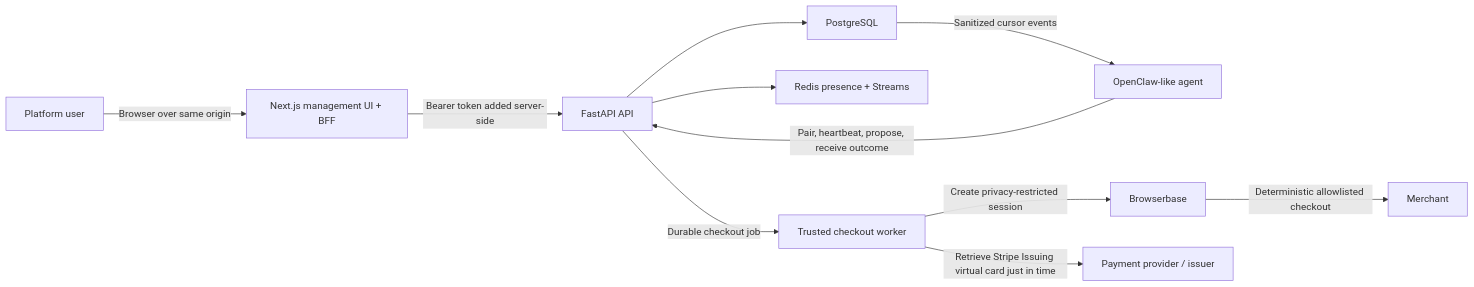
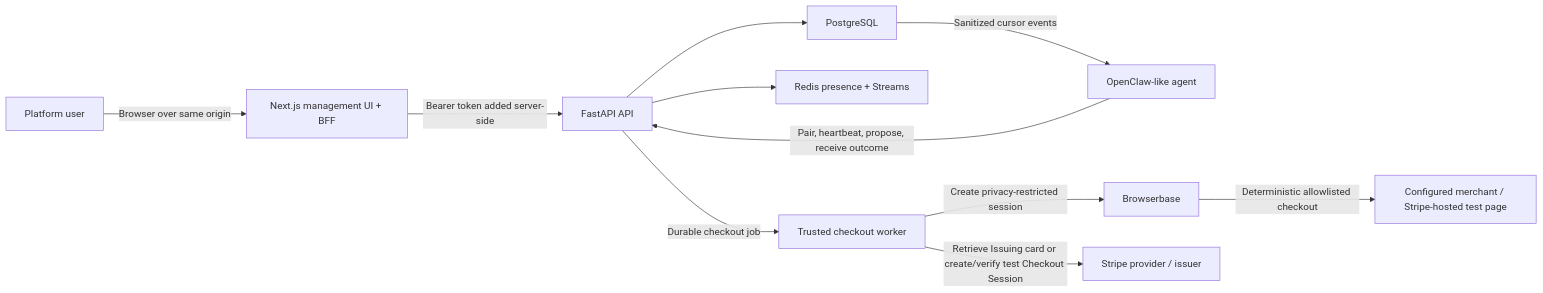
The first of 3 diagrams in docs/architecture.md (AG-Pay-Labs/ag-pay), drawn with Mermaid before and after one commit. The commit also changed other lines of this file and 9 other files, not shown here.

````diff
--- a/docs/architecture.md
+++ b/docs/architecture.md
@@ -7,13 +7,13 @@
 ```mermaid
 flowchart LR
     U["Platform user"] -->|"Browser over same origin"| WEB["Next.js management UI + BFF"]
     WEB -->|"Bearer token added server-side"| API["FastAPI API"]
     A["OpenClaw-like agent"] -->|"Pair, heartbeat, propose, receive outcome"| API
     API --> PG["PostgreSQL"]
     API --> R["Redis presence + Streams"]
     API -->|"Durable checkout job"| W["Trusted checkout worker"]
     W -->|"Create privacy-restricted session"| BB["Browserbase"]
-    W -->|"Retrieve Stripe Issuing virtual card just in time"| PSP["Payment provider / issuer"]
-    BB -->|"Deterministic allowlisted checkout"| M["Merchant"]
+    W -->|"Retrieve Issuing card or create/verify test Checkout Session"| PSP["Stripe provider / issuer"]
+    BB -->|"Deterministic allowlisted checkout"| M["Configured merchant / Stripe-hosted test page"]
     PG -->|"Sanitized cursor events"| A
 ```
````
